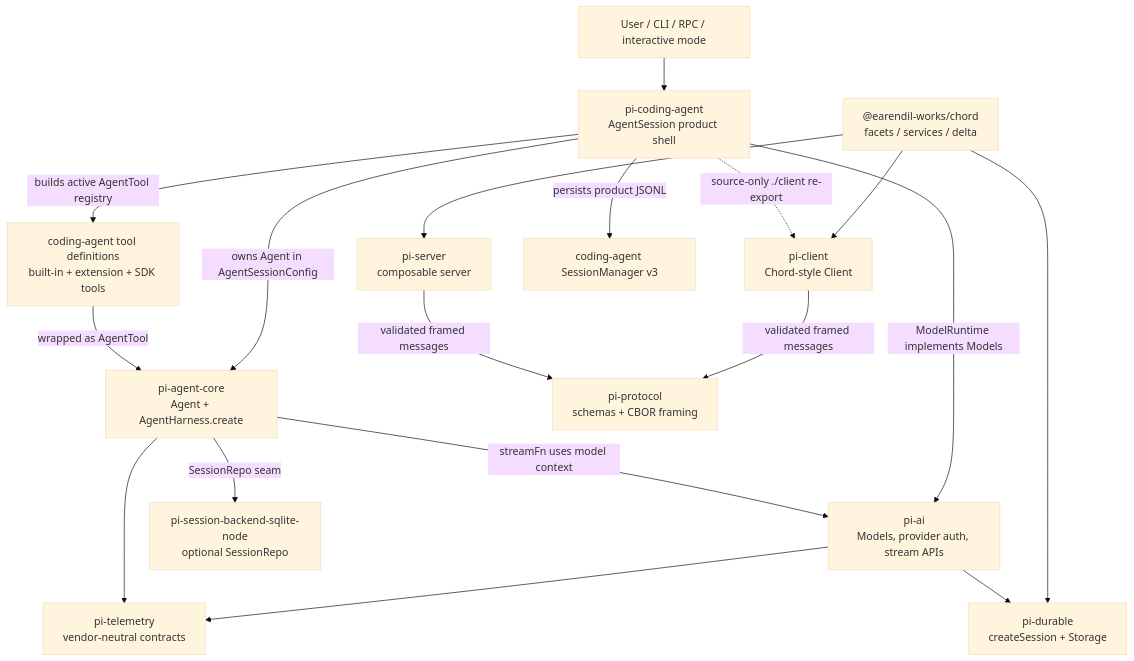
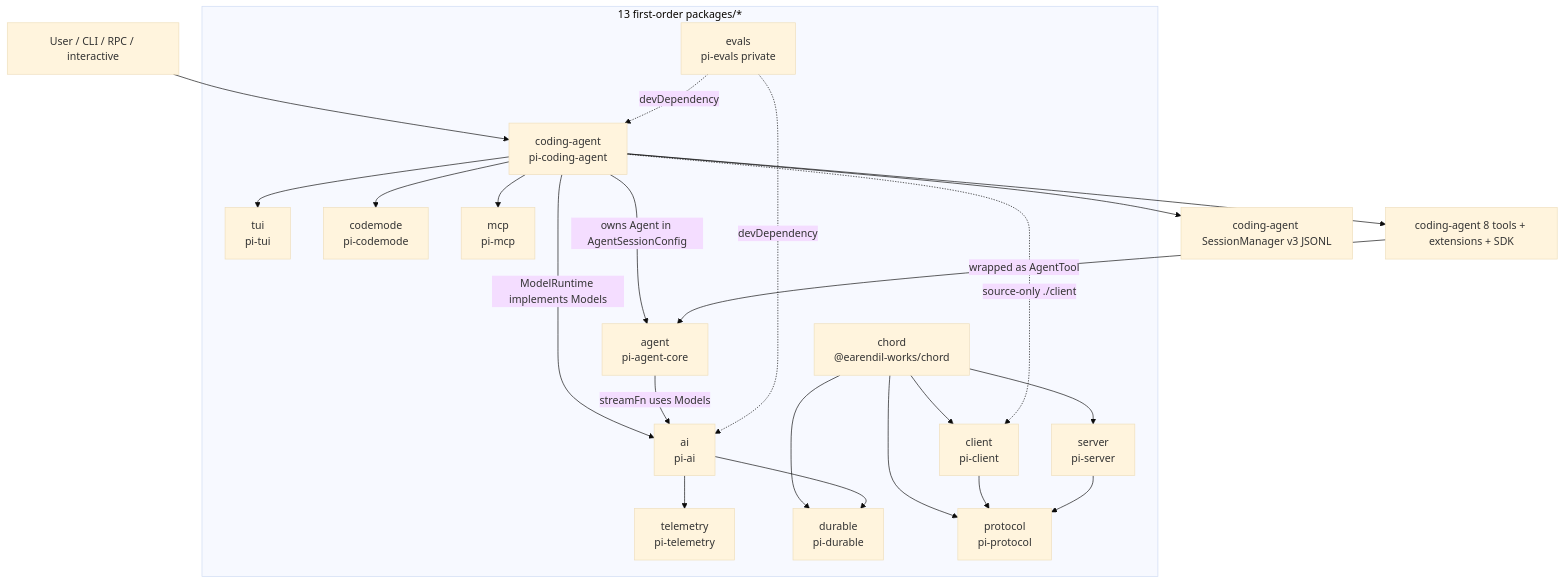
The first of 2 diagrams in docs/llm-wiki/pi/spine/layered-architecture.md (wdnmdtonyma/SOTA-Agent-LLM-Wiki), drawn with Mermaid (base theme) before and after one commit. The commit also changed other lines of this file and 246 other files, not shown here.

````diff
--- a/docs/llm-wiki/pi/spine/layered-architecture.md
+++ b/docs/llm-wiki/pi/spine/layered-architecture.md
@@ -87,34 +121,44 @@
 ```mermaid
 flowchart TD
-  User["User / CLI / RPC / interactive mode"]
-  Coding["pi-coding-agent<br/>AgentSession product shell"]
-  Core["pi-agent-core<br/>Agent + AgentHarness.create"]
-  Durable["pi-durable<br/>createSession + Storage"]
-  AI["pi-ai<br/>Models, provider auth, stream APIs"]
-  Chord["@earendil-works/chord<br/>facets / services / delta"]
-  Telemetry["pi-telemetry<br/>vendor-neutral contracts"]
-  Protocol["pi-protocol<br/>schemas + CBOR framing"]
-  Client["pi-client<br/>Chord-style Client"]
-  Server["pi-server<br/>composable server"]
-  Backend["pi-session-backend-sqlite-node<br/>optional SessionRepo"]
-  Tools["coding-agent tool definitions<br/>built-in + extension + SDK tools"]
-  Sessions["coding-agent SessionManager v3"]
+  subgraph pkgs["13 first-order packages/*"]
+    Chord["chord<br/>@earendil-works/chord"]
+    Tui["tui<br/>pi-tui"]
+    Telemetry["telemetry<br/>pi-telemetry"]
+    Codemode["codemode<br/>pi-codemode"]
+    Mcp["mcp<br/>pi-mcp"]
+    AI["ai<br/>pi-ai"]
+    Durable["durable<br/>pi-durable"]
+    Agent["agent<br/>pi-agent-core"]
+    Protocol["protocol<br/>pi-protocol"]
+    ClientPkg["client<br/>pi-client"]
+    ServerPkg["server<br/>pi-server"]
+    Coding["coding-agent<br/>pi-coding-agent"]
+    Evals["evals<br/>pi-evals private"]
+  end
+
+  User["User / CLI / RPC / interactive"]
+  Tools["coding-agent 8 tools + extensions + SDK"]
+  Sessions["coding-agent SessionManager v3 JSONL"]
 
   User --> Coding
-  Coding -->|owns Agent in AgentSessionConfig| Core
+  Coding -->|owns Agent in AgentSessionConfig| Agent
   Coding -->|ModelRuntime implements Models| AI
-  Coding -->|builds active AgentTool registry| Tools
-  Coding -->|persists product JSONL| Sessions
-  Core -->|streamFn uses model context| AI
-  Tools -->|wrapped as AgentTool| Core
+  Coding --> Tui
+  Coding --> Codemode
+  Coding --> Mcp
+  Coding --> Tools
+  Coding --> Sessions
+  Agent -->|streamFn uses Models| AI
+  Tools -->|wrapped as AgentTool| Agent
   AI --> Telemetry
-  Core --> Telemetry
-  Core -->|SessionRepo seam| Backend
   Chord --> Durable
   AI --> Durable
-  Chord --> Client
-  Chord --> Server
-  Client -->|validated framed messages| Protocol
-  Server -->|validated framed messages| Protocol
-  Coding -.->|source-only ./client re-export| Client
+  Chord --> Protocol
+  Chord --> ClientPkg
+  Chord --> ServerPkg
+  ClientPkg --> Protocol
+  ServerPkg --> Protocol
+  Coding -.->|source-only ./client| ClientPkg
+  Evals -.->|devDependency| Coding
+  Evals -.->|devDependency| AI
 ```
````
